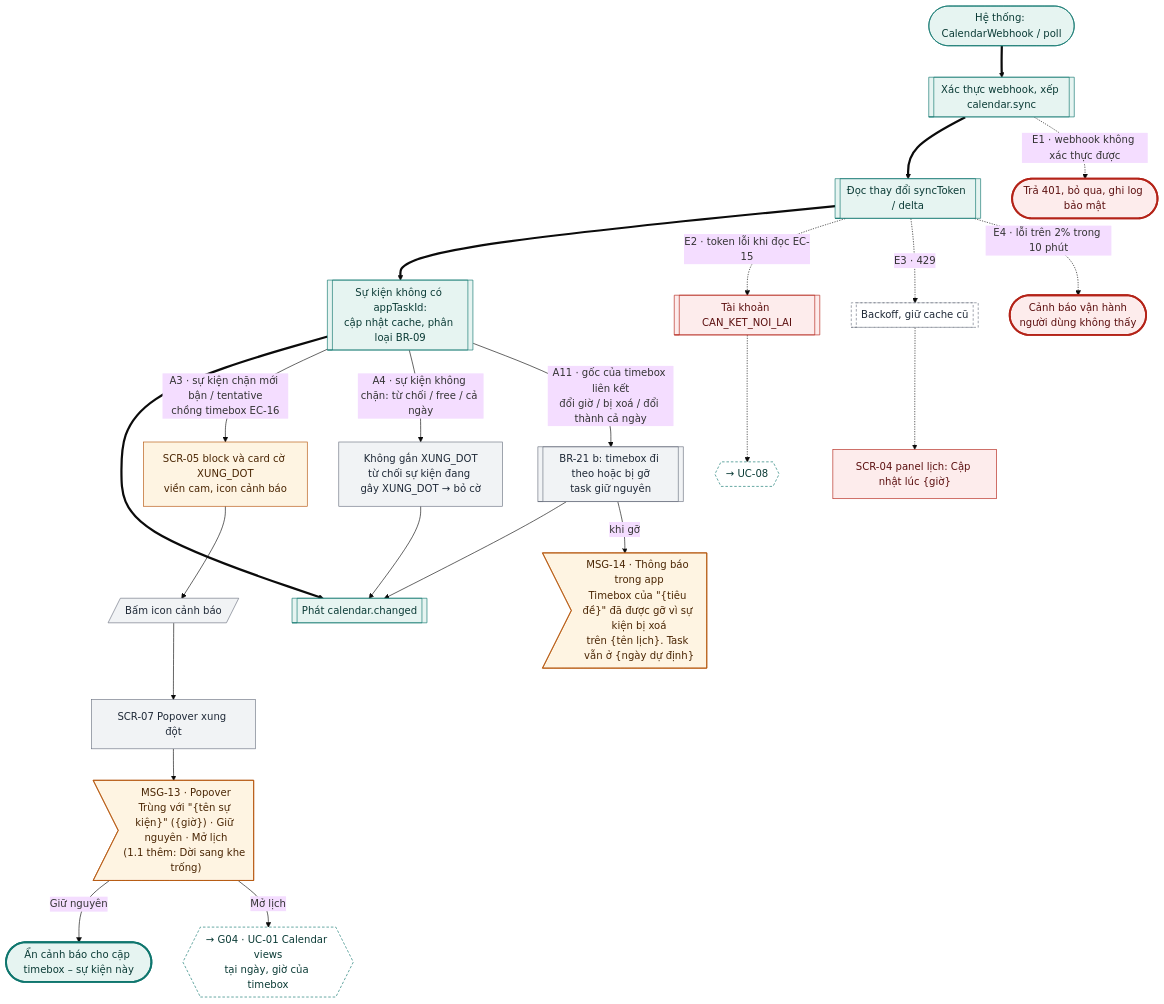
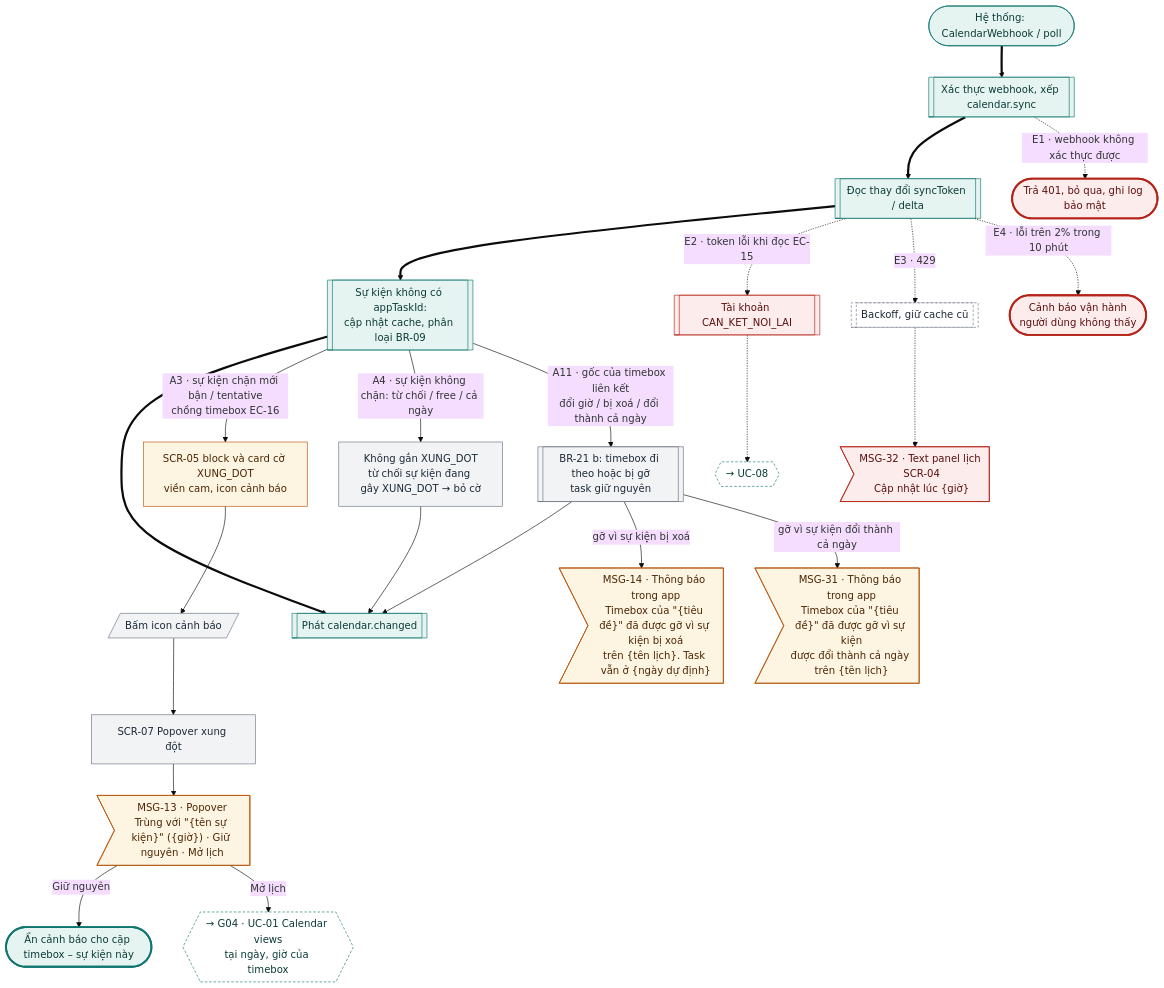
Diagram 17 of 22 in docs/design-brief/flow/g05-lich-timebox.md (tannguyenho/personal-app), drawn with Mermaid (base theme) before and after one commit. The commit also changed other lines of this file and 7 other files, not shown here.

First line of the commit message:
docs(G05, G07): áp quyết định PO 09/11 vào SRS, PRD, flow; QC-10, IA khay

````diff
--- a/docs/design-brief/flow/g05-lich-timebox.md
+++ b/docs/design-brief/flow/g05-lich-timebox.md
@@ -741,46 +783,47 @@
 ```mermaid
 flowchart TD
   start(["Hệ thống: CalendarWebhook / poll"])
   p1[["Xác thực webhook, xếp calendar.sync"]]
   p2[["Đọc thay đổi syncToken / delta"]]
   p3[["Sự kiện không có appTaskId:<br/>cập nhật cache, phân loại BR-09"]]
   p5[["Phát calendar.changed"]]
   start ==> p1 ==> p2 ==> p3 ==> p5
 
   p3 -->|"A3 · sự kiện chặn mới bận / tentative<br/>chồng timebox EC-16"| a3["SCR-05 block và card cờ XUNG_DOT<br/>viền cam, icon cảnh báo"]
   a3 --> u3[/"Bấm icon cảnh báo"/]
   u3 --> a3s["SCR-07 Popover xung đột"]
-  a3s --> a3m>"MSG-13 · Popover<br/>Trùng với #quot;{tên sự kiện}#quot; ({giờ}) · Giữ nguyên · Mở lịch<br/>(1.1 thêm: Dời sang khe trống)"]
+  a3s --> a3m>"MSG-13 · Popover<br/>Trùng với #quot;{tên sự kiện}#quot; ({giờ}) · Giữ nguyên · Mở lịch"]
   a3m -->|"Giữ nguyên"| a3k(["Ẩn cảnh báo cho cặp timebox – sự kiện này"])
   a3m -->|"Mở lịch"| a3x{{"→ G04 · UC-01 Calendar views<br/>tại ngày, giờ của timebox"}}
   p3 -->|"A4 · sự kiện không chặn: từ chối / free / cả ngày"| a4["Không gắn XUNG_DOT<br/>từ chối sự kiện đang gây XUNG_DOT → bỏ cờ"]
   a4 --> p5
   p3 -->|"A11 · gốc của timebox liên kết<br/>đổi giờ / bị xoá / đổi thành cả ngày"| a11[["BR-21 b: timebox đi theo hoặc bị gỡ<br/>task giữ nguyên"]]
   a11 --> p5
-  a11 -->|"khi gỡ"| a11m>"MSG-14 · Thông báo trong app<br/>Timebox của #quot;{tiêu đề}#quot; đã được gỡ vì sự kiện bị xoá<br/>trên {tên lịch}. Task vẫn ở {ngày dự định}"]
+  a11 -->|"gỡ vì sự kiện bị xoá"| a11m>"MSG-14 · Thông báo trong app<br/>Timebox của #quot;{tiêu đề}#quot; đã được gỡ vì sự kiện bị xoá<br/>trên {tên lịch}. Task vẫn ở {ngày dự định}"]
+  a11 -->|"gỡ vì sự kiện đổi thành cả ngày"| a11c>"MSG-31 · Thông báo trong app<br/>Timebox của #quot;{tiêu đề}#quot; đã được gỡ vì sự kiện<br/>được đổi thành cả ngày trên {tên lịch}"]
 
   p1 -.->|"E1 · webhook không xác thực được"| e1(["Trả 401, bỏ qua, ghi log bảo mật"])
   p2 -.->|"E2 · token lỗi khi đọc EC-15"| e2[["Tài khoản CAN_KET_NOI_LAI"]]
   e2 -.-> e2x{{"→ UC-08"}}
   p2 -.->|"E3 · 429"| e3[["Backoff, giữ cache cũ"]]
-  e3 -.-> e3s["SCR-04 panel lịch: Cập nhật lúc {giờ}"]
+  e3 -.-> e3s>"MSG-32 · Text panel lịch SCR-04<br/>Cập nhật lúc {giờ}"]
   p2 -.->|"E4 · lỗi trên 2% trong 10 phút"| e4(["Cảnh báo vận hành<br/>người dùng không thấy"])
 
   class start,p1,p2,p3,p5 happy
   class u3,a3s,a4,a11 alt
-  class a3,a3m,a11m warn
+  class a3,a3m,a11m,a11c warn
   class a3x,e2x link
   class a3k done
   class e2,e3s err
   class e3 sync
   class e1,e4 fail
   classDef happy fill:#E6F4F1,stroke:#0F766E,color:#0B3B36
   classDef alt fill:#F1F3F5,stroke:#6B7280,color:#1F2937
   classDef err fill:#FDECEC,stroke:#B42318,color:#5C1010
   classDef warn fill:#FEF4E2,stroke:#B45309,color:#4A2604
   classDef ai fill:#F1ECFD,stroke:#6D28D9,color:#2E1065
   classDef sync fill:#FFFFFF,stroke:#6B7280,stroke-dasharray:4 3,color:#1F2937
   classDef link fill:#FFFFFF,stroke:#0F766E,stroke-dasharray:4 3,color:#0B3B36
   classDef done fill:#E6F4F1,stroke:#0F766E,stroke-width:3px,color:#0B3B36
   classDef fail fill:#FDECEC,stroke:#B42318,stroke-width:3px,color:#5C1010
 ```
````
